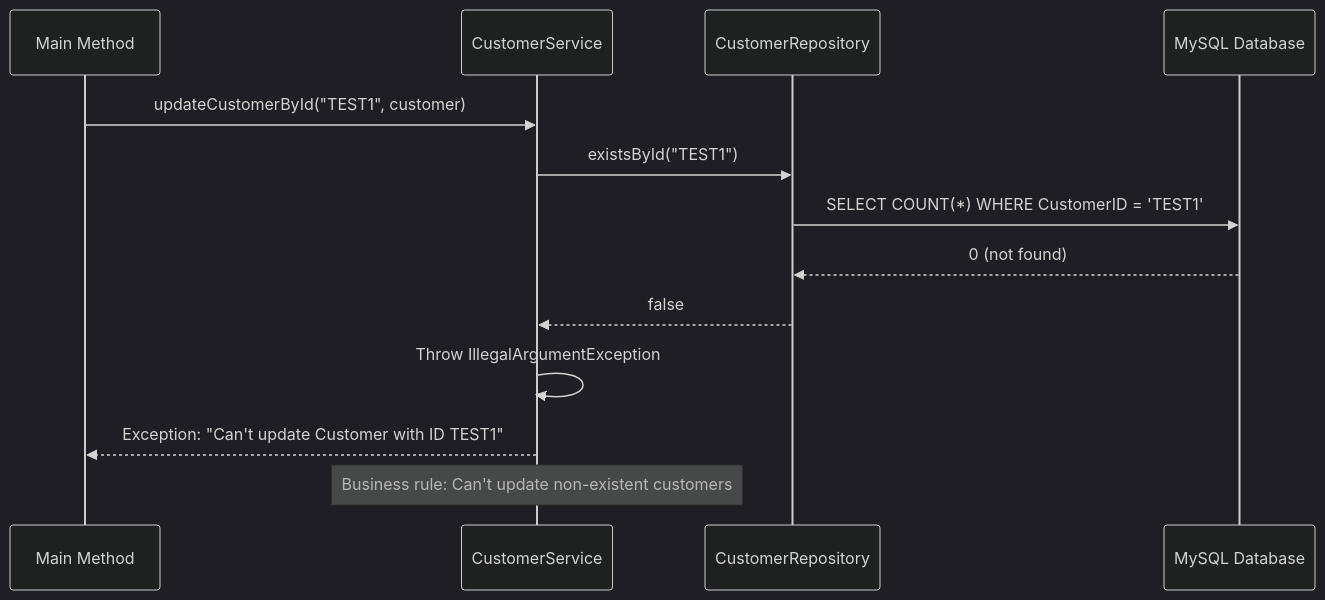
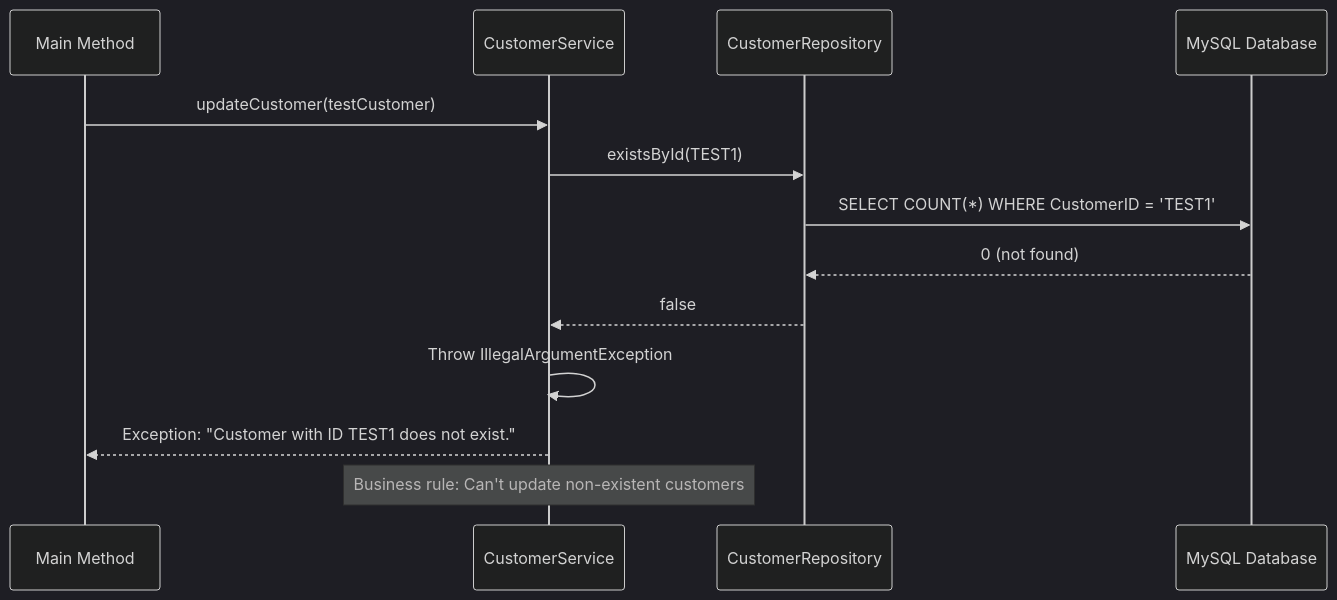
Before and after one commit to stravos97/java-documentation-notes: the fourth of 9 diagrams in 14-spring-boot/day2/Customers Service Layer.md, drawn with Mermaid (dark theme). The commit also changed other lines of this file and 5 other files, not shown here.

````diff
--- a/14-spring-boot/day2/Customers Service Layer.md
+++ b/14-spring-boot/day2/Customers Service Layer.md
@@ -169,17 +173,17 @@
 ```mermaid
 sequenceDiagram
     participant Main as Main Method
     participant Service as CustomerService
     participant Repo as CustomerRepository
     participant DB as MySQL Database
     
-    Main->>Service: updateCustomerById("TEST1", customer)
-    Service->>Repo: existsById("TEST1")
+    Main->>Service: updateCustomer(testCustomer)
+    Service->>Repo: existsById(TEST1)
     Repo->>DB: SELECT COUNT(*) WHERE CustomerID = 'TEST1'
     DB-->>Repo: 0 (not found)
     Repo-->>Service: false
     Service->>Service: Throw IllegalArgumentException
-    Service-->>Main: Exception: "Can't update Customer with ID TEST1"
+    Service-->>Main: Exception: "Customer with ID TEST1 does not exist."
     
     Note over Service: Business rule: Can't update non-existent customers
 ```
````
